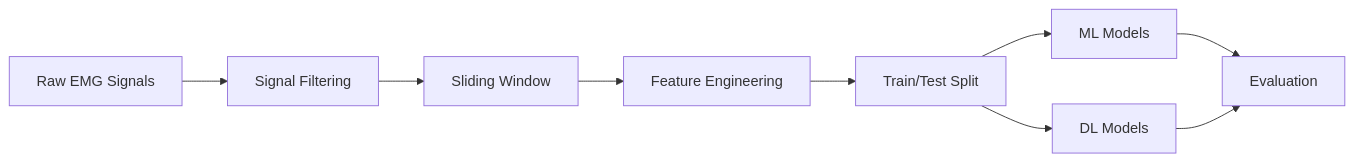
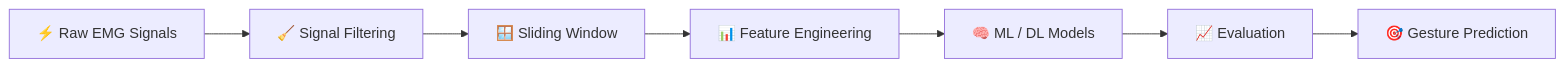
The diagram in README.md (vikasshakalya/emg-classification), drawn with Mermaid before and after one commit. The commit also changed other lines of this file, not shown here.

````diff
--- a/README.md
+++ b/README.md
@@ -41,11 +29,9 @@
 ```mermaid
-graph LR
-A[Raw EMG Signals] --> B[Signal Filtering]
-B --> C[Sliding Window]
-C --> D[Feature Engineering]
-D --> E[Train/Test Split]
-E --> F[ML Models]
-E --> G[DL Models]
-F --> H[Evaluation]
-G --> H[Evaluation]
+flowchart LR
+A[⚡ Raw EMG Signals] --> B[🧹 Signal Filtering]
+B --> C[🪟 Sliding Window]
+C --> D[📊 Feature Engineering]
+D --> E[🧠 ML / DL Models]
+E --> F[📈 Evaluation]
+F --> G[🎯 Gesture Prediction]
 ```
````
